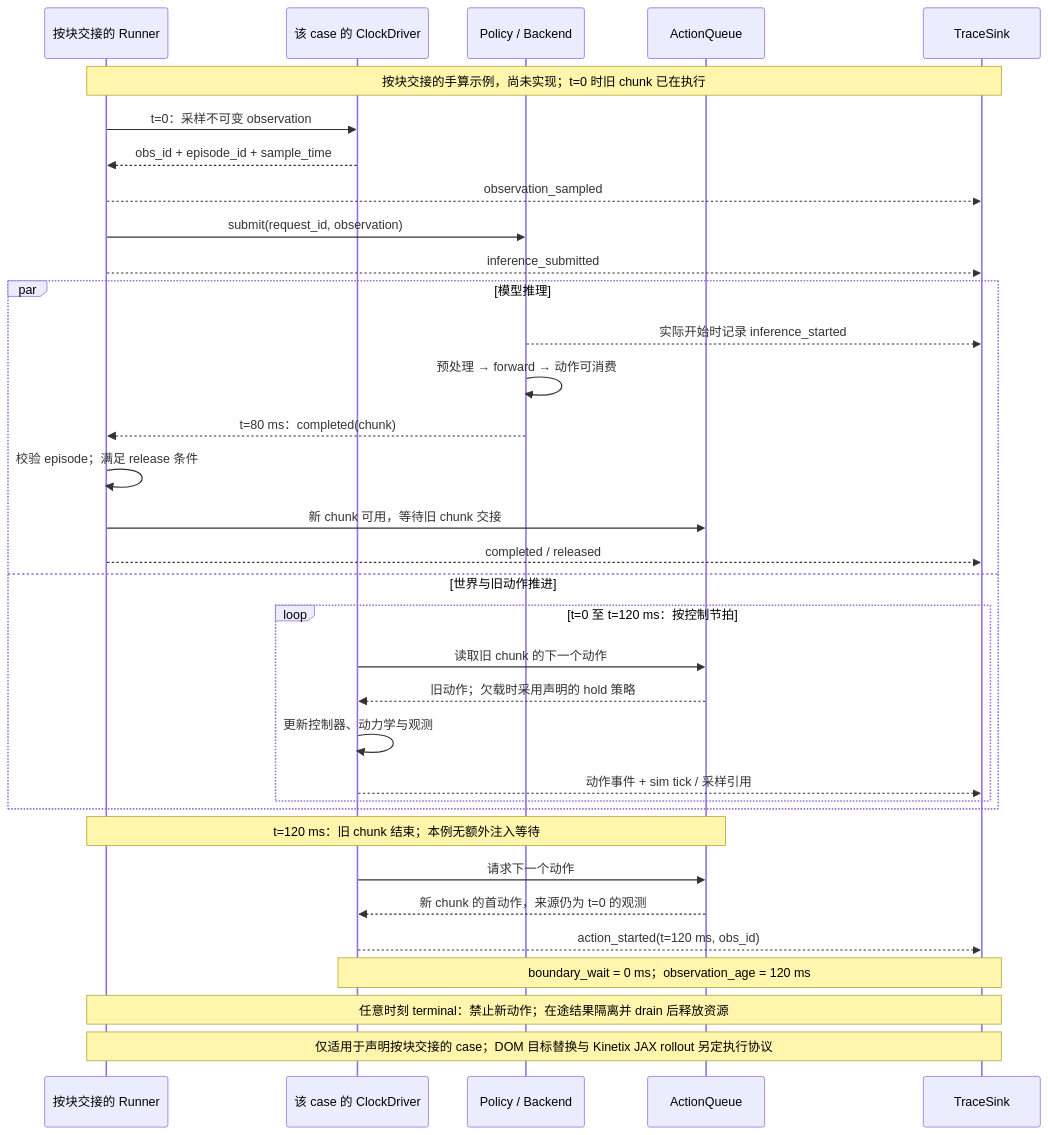
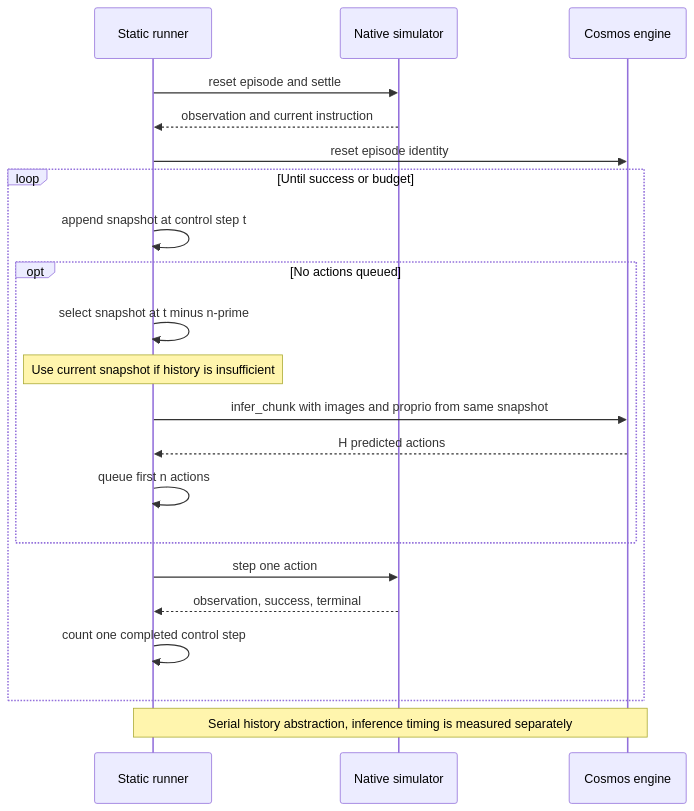
One commit to Ther-nullptr/robotics-the-speedup-paradox changed the diagram in docs/diagrams/02-async-loop.mmd. Above: the diagram before and after it, drawn with Mermaid. The commit also changed 19 other files, not shown here.

```diff
--- a/docs/diagrams/02-async-loop.mmd
+++ b/docs/diagrams/02-async-loop.mmd
@@ -1,39 +1,23 @@
 sequenceDiagram
-    accTitle: Planned Chunk-Handover Asynchronous Example
-    accDescr: This planned example applies only to cases that finish the current action chunk before handover. An observation is sampled at zero, inference completes at 80 ms, and the next chunk starts at 120 ms. Boundary wait is zero while observation age is 120 ms. DOM target replacement and native Kinetix JAX rollouts have their own execution protocols.
-    participant runner as 按块交接的 Runner
-    participant world as 该 case 的 ClockDriver
-    participant model as Policy / Backend
-    participant queue as ActionQueue
-    participant trace as TraceSink
-
-    Note over runner,trace: 按块交接的手算示例，尚未实现；t=0 时旧 chunk 已在执行
-    runner->>world: t=0：采样不可变 observation
-    world-->>runner: obs_id + episode_id + sample_time
-    runner-->>trace: observation_sampled
-    runner->>model: submit(request_id, observation)
-    runner-->>trace: inference_submitted
-
-    par 模型推理
-        model-->>trace: 实际开始时记录 inference_started
-        model->>model: 预处理 → forward → 动作可消费
-        model-->>runner: t=80 ms：completed(chunk)
-        runner->>runner: 校验 episode；满足 release 条件
-        runner->>queue: 新 chunk 可用，等待旧 chunk 交接
-        runner-->>trace: completed / released
-    and 世界与旧动作推进
-        loop t=0 至 t=120 ms：按控制节拍
-            world->>queue: 读取旧 chunk 的下一个动作
-            queue-->>world: 旧动作；欠载时采用声明的 hold 策略
-            world->>world: 更新控制器、动力学与观测
-            world-->>trace: 动作事件 + sim tick / 采样引用
+    accTitle: Implemented Paper Async Observation Selection
+    accDescr: The static runner advances the simulator serially. Each control step stores an observation snapshot. On a new request it selects t minus n-prime history, falling back to the current observation when history is insufficient, and executes the first n predicted actions.
+    participant runner as Static runner
+    participant simulator as Native simulator
+    participant engine as Cosmos engine
+    runner->>simulator: reset episode and settle
+    simulator-->>runner: observation and current instruction
+    runner->>engine: reset episode identity
+    loop Until success or budget
+        runner->>runner: append snapshot at control step t
+        opt No actions queued
+            runner->>runner: select snapshot at t minus n-prime
+            Note over runner: Use current snapshot if history is insufficient
+            runner->>engine: infer_chunk with images and proprio from same snapshot
+            engine-->>runner: H predicted actions
+            runner->>runner: queue first n actions
         end
+        runner->>simulator: step one action
+        simulator-->>runner: observation, success, terminal
+        runner->>runner: count one completed control step
     end
-
-    Note over runner,queue: t=120 ms：旧 chunk 结束；本例无额外注入等待
-    world->>queue: 请求下一个动作
-    queue-->>world: 新 chunk 的首动作，来源仍为 t=0 的观测
-    world-->>trace: action_started(t=120 ms, obs_id)
-    Note over world,trace: boundary_wait = 0 ms；observation_age = 120 ms
-    Note over runner,trace: 任意时刻 terminal：禁止新动作；在途结果隔离并 drain 后释放资源
-    Note over runner,trace: 仅适用于声明按块交接的 case；DOM 目标替换与 Kinetix JAX rollout 另定执行协议
+    Note over runner,engine: Serial history abstraction, inference timing is measured separately
```
